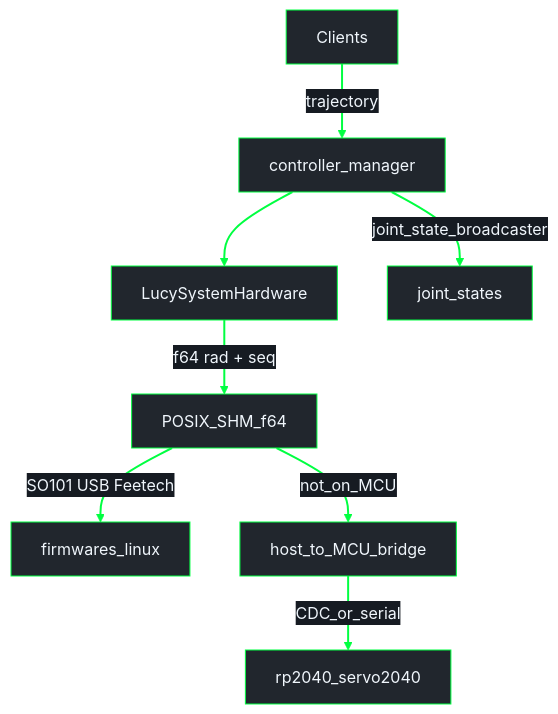
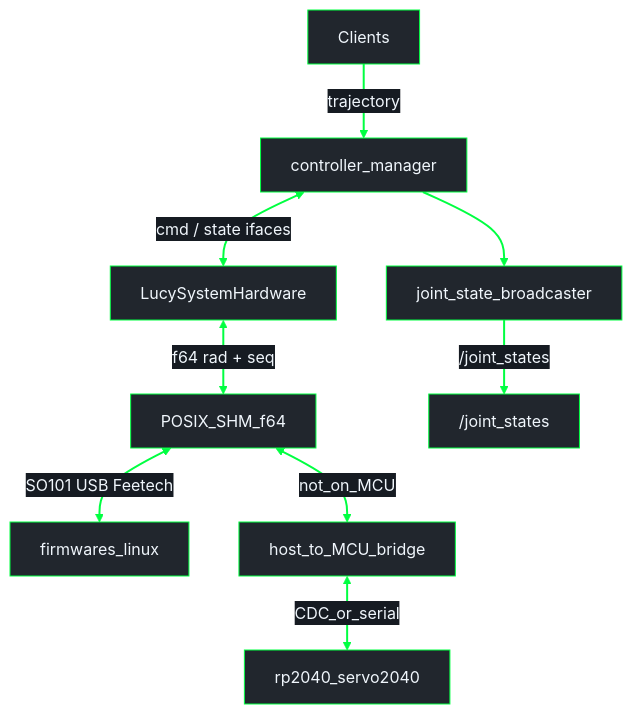
The diagram in docs/ROS2_CONTROL.md (Lucy-Robotics/lucy_ros_packages), drawn with Mermaid before and after one commit. The commit also changed other lines of this file and 1 other file, not shown here.

Commit message:
evol(architecture): bidirectional SHM edges; clarify joint_state_broadcaster

````diff
--- a/docs/ROS2_CONTROL.md
+++ b/docs/ROS2_CONTROL.md
@@ -37,21 +39,22 @@
 ```mermaid
 %%{init: {"theme": "base", "themeVariables": {"darkMode": true, "background": "#0d1117", "mainBkg": "#21262d", "primaryColor": "#21262d", "primaryTextColor": "#f0f6fc", "primaryBorderColor": "#00FF41", "secondaryColor": "#161b22", "secondaryTextColor": "#f0f6fc", "secondaryBorderColor": "#00FF41", "tertiaryColor": "#161b22", "tertiaryTextColor": "#f0f6fc", "tertiaryBorderColor": "#00FF41", "lineColor": "#00FF41", "textColor": "#f0f6fc", "nodeTextColor": "#f0f6fc", "edgeLabelBackground": "#161b22", "clusterBkg": "#0d1117", "clusterBorder": "#00FF41", "titleColor": "#f0f6fc"}}}%%
 flowchart TB
   Clients["Clients"]
   CM["controller_manager"]
   HI["LucySystemHardware"]
   SHM["POSIX_SHM_f64"]
   LinuxFW["firmwares_linux"]
   Bridge["host_to_MCU_bridge"]
   FW["rp2040_servo2040"]
-  JS["joint_states"]
+  JS["joint_state_broadcaster"]
 
   Clients -->|"trajectory"| CM
-  CM --> HI
-  CM -->|"joint_state_broadcaster"| JS
-  HI -->|"f64 rad + seq"| SHM
-  SHM -->|"SO101 USB Feetech"| LinuxFW
-  SHM -->|"not_on_MCU"| Bridge
-  Bridge -->|"CDC_or_serial"| FW
+  CM <-->|"cmd / state ifaces"| HI
+  CM --> JS
+  JS -->|"/joint_states"| Topic["/joint_states"]
+  HI <-->|"f64 rad + seq"| SHM
+  SHM <-->|"SO101 USB Feetech"| LinuxFW
+  SHM <-->|"not_on_MCU"| Bridge
+  Bridge <-->|"CDC_or_serial"| FW
   linkStyle default stroke:#00FF41,stroke-width:2px
 ```
````
